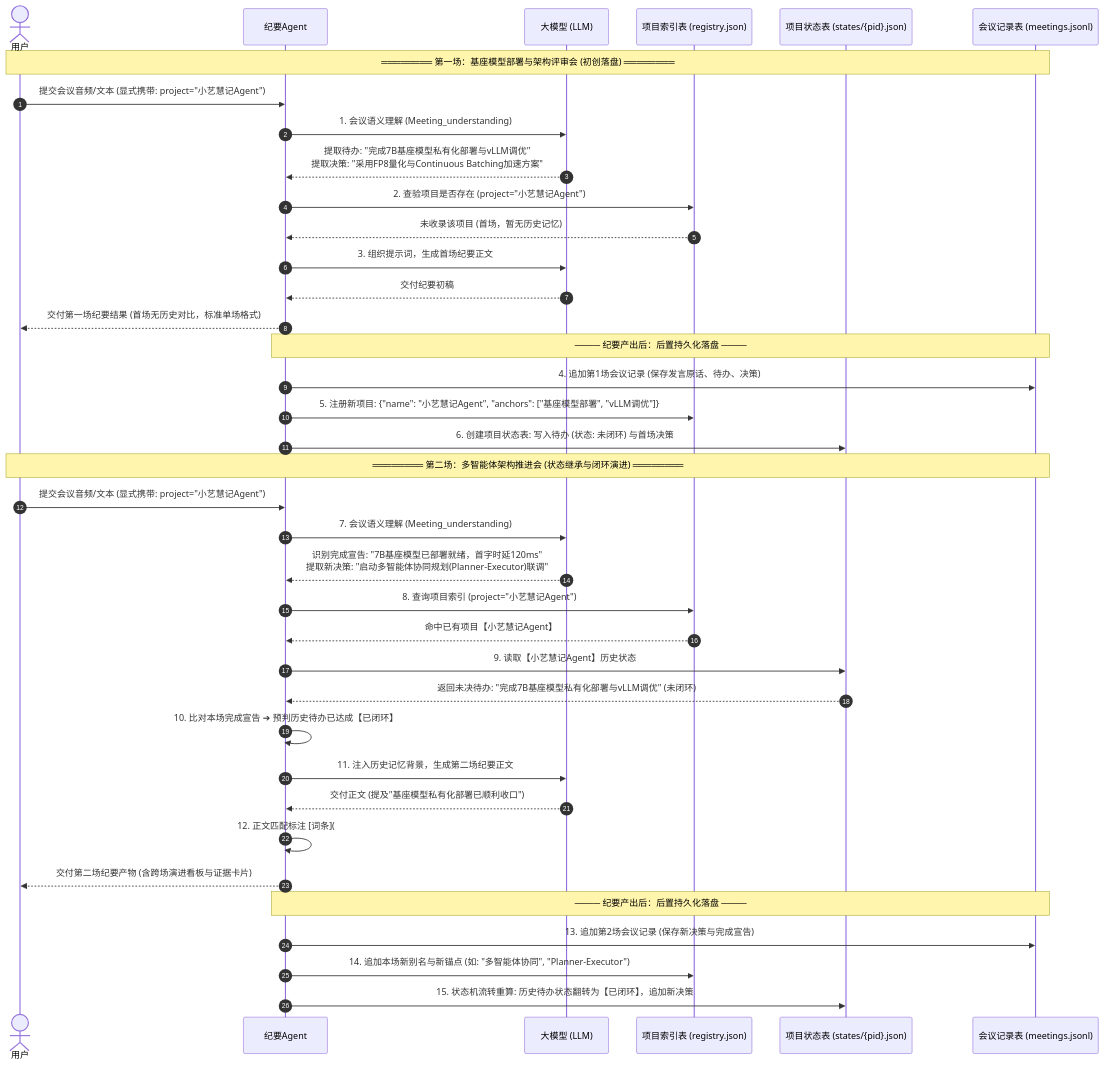
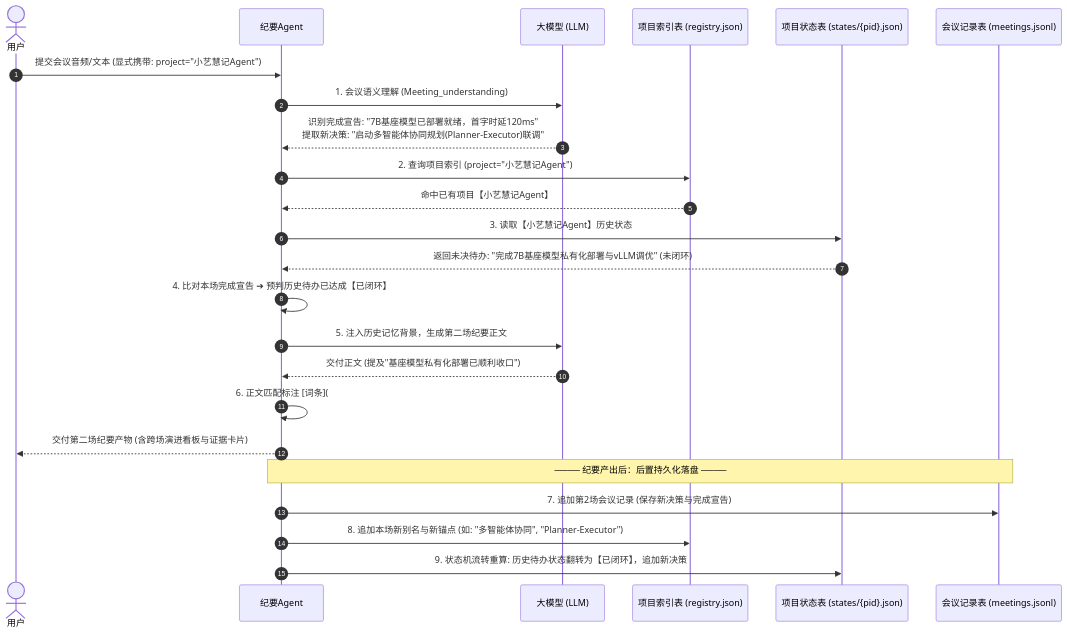
Before and after one commit to ohhhhh-hyf/AgentFlow: the second of 3 diagrams in MEMORY_EXECUTION_FLOW_UML.md, drawn with Mermaid. The commit also changed other lines of this file, not shown here.

Commit message:
记忆

````diff
--- a/MEMORY_EXECUTION_FLOW_UML.md
+++ b/MEMORY_EXECUTION_FLOW_UML.md
@@ -32,49 +65,31 @@
 ```mermaid
 sequenceDiagram
     autonumber
     actor User as 用户
     participant Agent as 纪要Agent
     participant LLM as 大模型 (LLM)
     participant Registry as 项目索引表 (registry.json)
     participant State as 项目状态表 (states/{pid}.json)
     participant Meetings as 会议记录表 (meetings.jsonl)
 
-    Note over User, Meetings: ════════ 第一场：基座模型部署与架构评审会 (初创落盘) ════════
     User->>Agent: 提交会议音频/文本 (显式携带: project="小艺慧记Agent")
     Agent->>LLM: 1. 会议语义理解 (Meeting_understanding)
-    LLM-->>Agent: 提取待办: "完成7B基座模型私有化部署与vLLM调优"<br/>提取决策: "采用FP8量化与Continuous Batching加速方案"
-    
-    Agent->>Registry: 2. 查验项目是否存在 (project="小艺慧记Agent")
-    Registry-->>Agent: 未收录该项目 (首场，暂无历史记忆)
-
-    Agent->>LLM: 3. 组织提示词，生成首场纪要正文
-    LLM-->>Agent: 交付纪要初稿
-    Agent-->>User: 交付第一场纪要结果 (首场无历史对比，标准单场格式)
-
-    Note over Agent, Meetings: ──── 纪要产出后：后置持久化落盘 ────
-    Agent->>Meetings: 4. 追加第1场会议记录 (保存发言原话、待办、决策)
-    Agent->>Registry: 5. 注册新项目: {"name": "小艺慧记Agent", "anchors": ["基座模型部署", "vLLM调优"]}
-    Agent->>State: 6. 创建项目状态表: 写入待办 (状态: 未闭环) 与首场决策
-
-    Note over User, Meetings: ════════ 第二场：多智能体架构推进会 (状态继承与闭环演进) ════════
-    User->>Agent: 提交会议音频/文本 (显式携带: project="小艺慧记Agent")
-    Agent->>LLM: 7. 会议语义理解 (Meeting_understanding)
     LLM-->>Agent: 识别完成宣告: "7B基座模型已部署就绪，首字时延120ms"<br/>提取新决策: "启动多智能体协同规划(Planner-Executor)联调"
 
-    Agent->>Registry: 8. 查询项目索引 (project="小艺慧记Agent")
+    Agent->>Registry: 2. 查询项目索引 (project="小艺慧记Agent")
     Registry-->>Agent: 命中已有项目【小艺慧记Agent】
-    Agent->>State: 9. 读取【小艺慧记Agent】历史状态
+    Agent->>State: 3. 读取【小艺慧记Agent】历史状态
     State-->>Agent: 返回未决待办: "完成7B基座模型私有化部署与vLLM调优" (未闭环)
 
-    Agent->>Agent: 10. 比对本场完成宣告 ➔ 预判历史待办已达成【已闭环】
-    Agent->>LLM: 11. 注入历史记忆背景，生成第二场纪要正文
+    Agent->>Agent: 4. 比对本场完成宣告 ➔ 预判历史待办已达成【已闭环】
+    Agent->>LLM: 5. 注入历史记忆背景，生成第二场纪要正文
     LLM-->>Agent: 交付正文 (提及"基座模型私有化部署已顺利收口")
 
-    Agent->>Agent: 12. 正文匹配标注 [词条](#source-1)，渲染 ## 状态演进 与 ## 记忆溯源
+    Agent->>Agent: 6. 正文匹配标注 [词条](#source-1)，渲染 ## 状态演进 与 ## 记忆溯源
     Agent-->>User: 交付第二场纪要产物 (含跨场演进看板与证据卡片)
 
     Note over Agent, Meetings: ──── 纪要产出后：后置持久化落盘 ────
-    Agent->>Meetings: 13. 追加第2场会议记录 (保存新决策与完成宣告)
-    Agent->>Registry: 14. 追加本场新别名与新锚点 (如: "多智能体协同", "Planner-Executor")
-    Agent->>State: 15. 状态机流转重算: 历史待办状态翻转为【已闭环】，追加新决策
+    Agent->>Meetings: 7. 追加第2场会议记录 (保存新决策与完成宣告)
+    Agent->>Registry: 8. 追加本场新别名与新锚点 (如: "多智能体协同", "Planner-Executor")
+    Agent->>State: 9. 状态机流转重算: 历史待办状态翻转为【已闭环】，追加新决策
 ```
````
